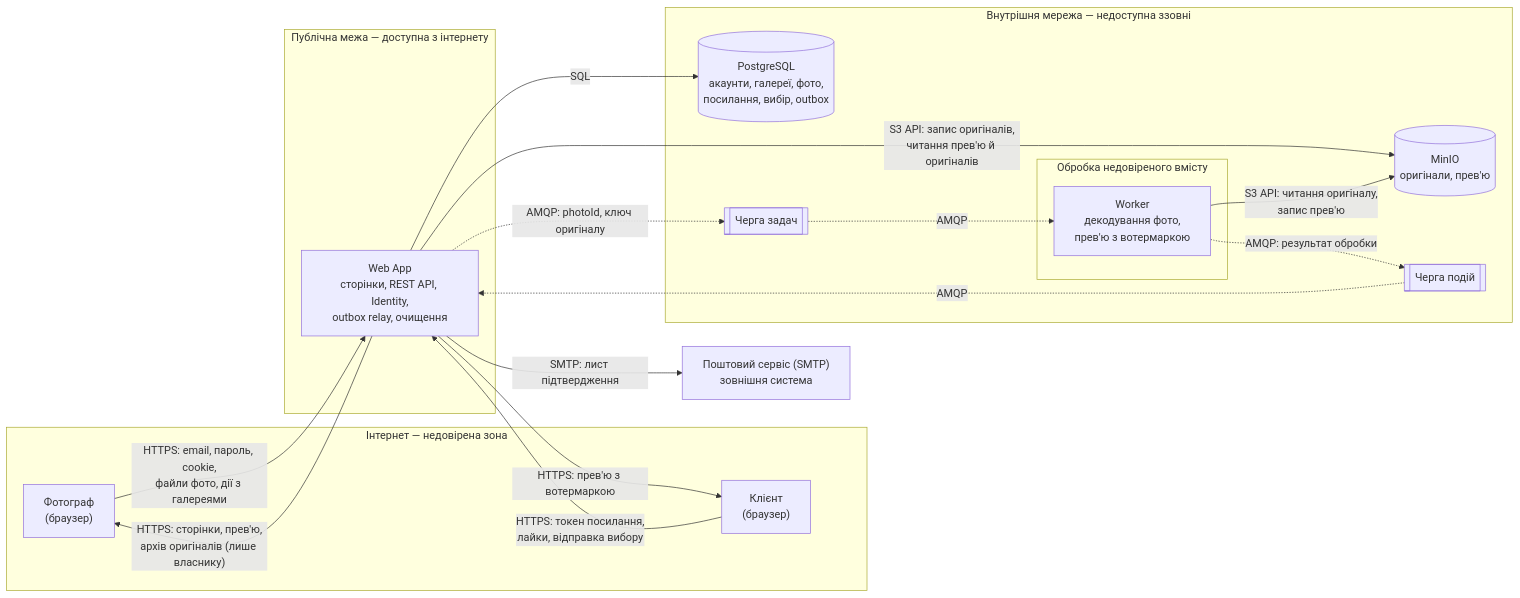
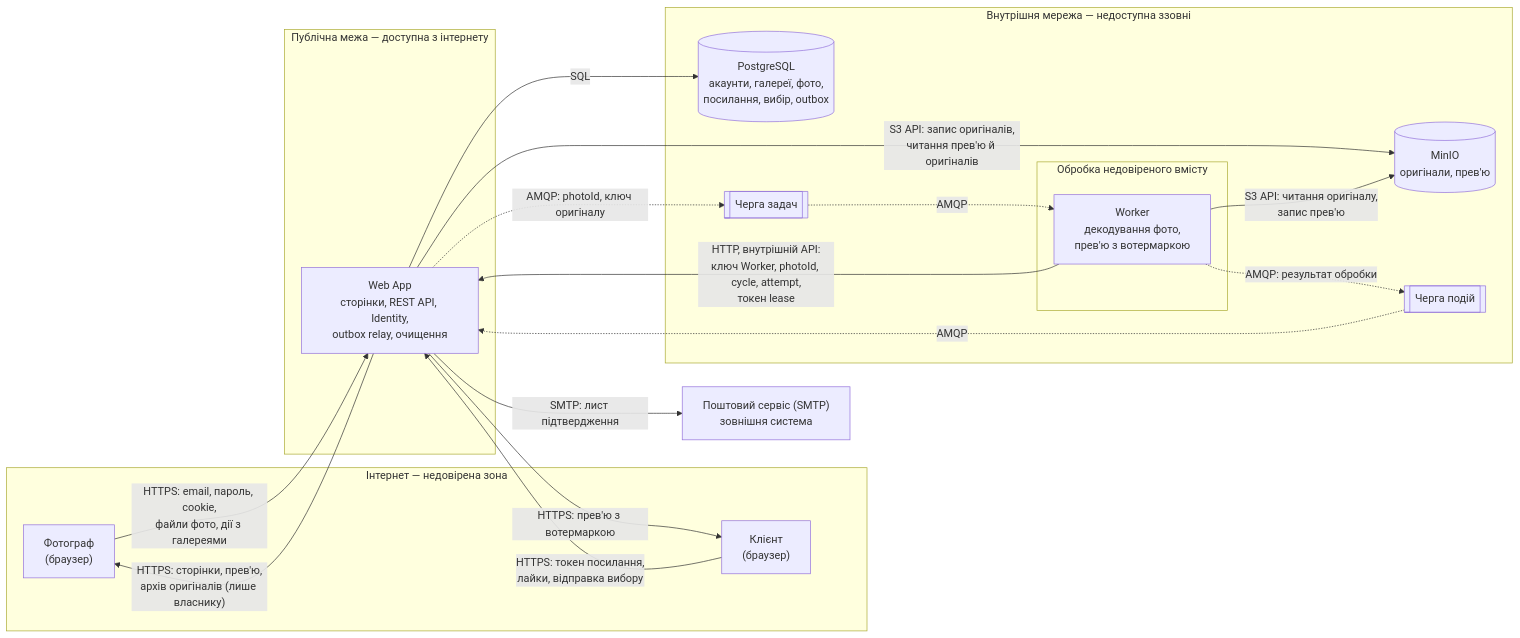
Before and after one commit to alonasaienko/picpick: the diagram in docs/09-security/README.md, drawn with Mermaid. The commit also changed other lines of this file and 4 other files, not shown here.

First line of the commit message:
[п.4, п.9] Внутрішній API Worker → Web App: архітектура і security (#120)

````diff
--- a/docs/09-security/README.md
+++ b/docs/09-security/README.md
@@ -15,36 +15,37 @@
 ```mermaid
 flowchart LR
     subgraph internet["Інтернет — недовірена зона"]
         photographer["Фотограф<br/>(браузер)"]
         client["Клієнт<br/>(браузер)"]
     end
 
     subgraph public["Публічна межа — доступна з інтернету"]
         webapp["Web App<br/>сторінки, REST API, Identity,<br/>outbox relay, очищення"]
     end
 
     subgraph internal["Внутрішня мережа — недоступна ззовні"]
         postgres[("PostgreSQL<br/>акаунти, галереї, фото,<br/>посилання, вибір, outbox")]
         minio[("MinIO<br/>оригінали, прев'ю")]
         tasks[["Черга задач"]]
         events[["Черга подій"]]
         subgraph untrusted["Обробка недовіреного вмісту"]
             worker["Worker<br/>декодування фото,<br/>прев'ю з вотермаркою"]
         end
     end
 
     smtp["Поштовий сервіс (SMTP)<br/>зовнішня система"]
 
     photographer -- "HTTPS: email, пароль, cookie,<br/>файли фото, дії з галереями" --> webapp
     client -- "HTTPS: токен посилання,<br/>лайки, відправка вибору" --> webapp
     webapp -- "HTTPS: сторінки, прев'ю,<br/>архів оригіналів (лише власнику)" --> photographer
     webapp -- "HTTPS: прев'ю з вотермаркою" --> client
     webapp -- "SQL" --> postgres
     webapp -- "S3 API: запис оригіналів,<br/>читання прев'ю й оригіналів" --> minio
     webapp -. "AMQP: photoId, ключ оригіналу" .-> tasks
     tasks -. "AMQP" .-> worker
     worker -- "S3 API: читання оригіналу,<br/>запис прев'ю" --> minio
     worker -. "AMQP: результат обробки" .-> events
+    worker -- "HTTP, внутрішній API:<br/>ключ Worker, photoId, cycle, attempt,<br/>токен lease" --> webapp
     events -. "AMQP" .-> webapp
     webapp -- "SMTP: лист підтвердження" --> smtp
 ```
````
